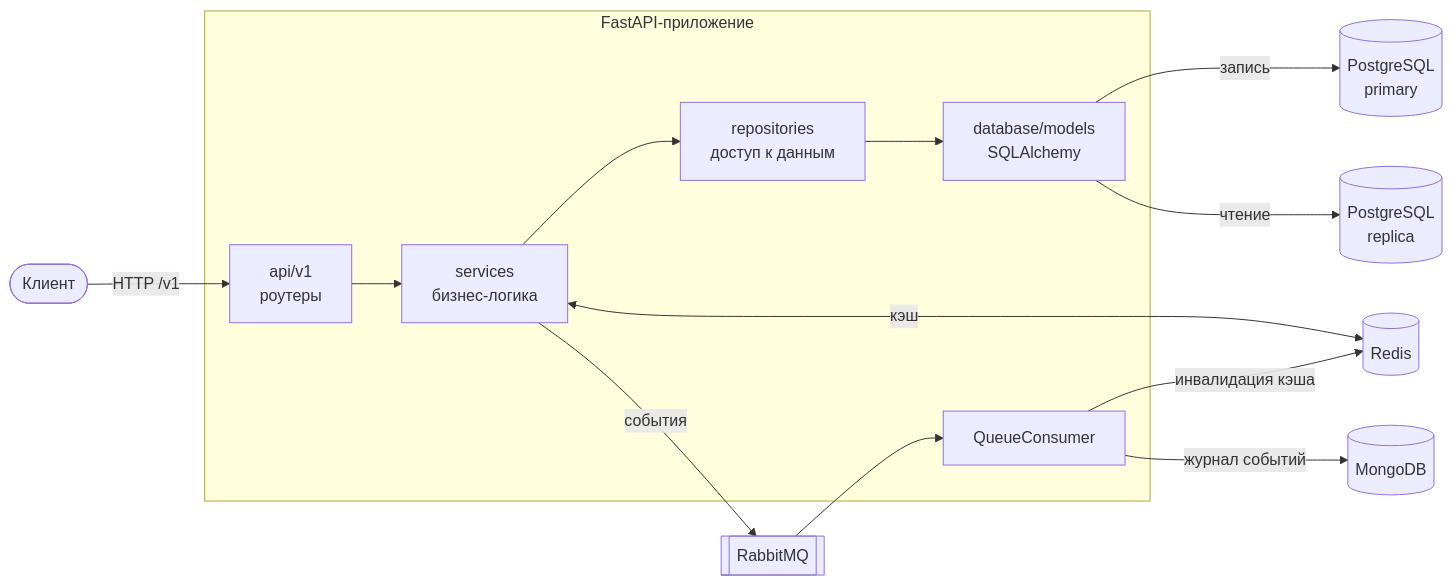
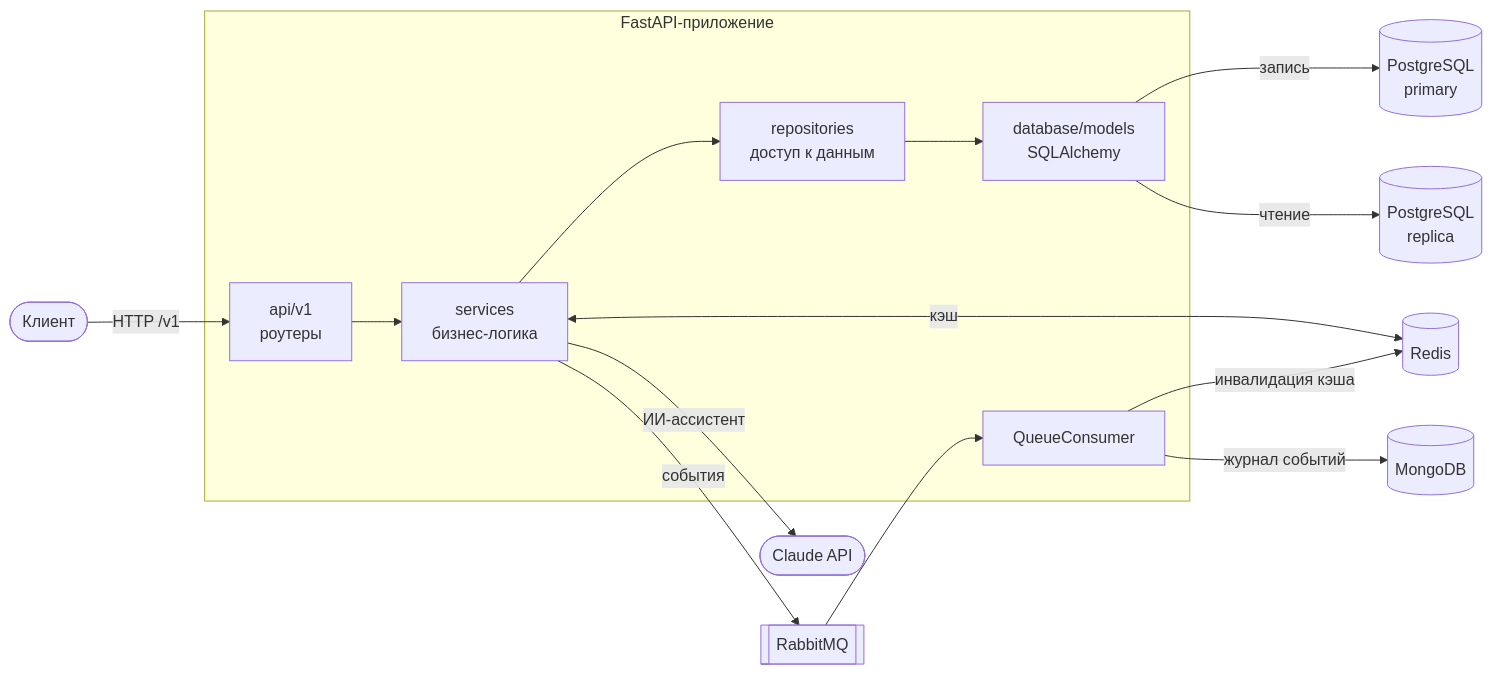
Before and after one commit to DiMiRka/SFMShop: the diagram in README.md, drawn with Mermaid. The commit also changed other lines of this file and 45 other files, not shown here.

````diff
--- a/README.md
+++ b/README.md
@@ -44,19 +47,20 @@
 ```mermaid
 flowchart LR
     Client([Клиент]) -->|HTTP /v1| API
 
     subgraph App["FastAPI-приложение"]
         API["api/v1<br/>роутеры"] --> Services["services<br/>бизнес-логика"]
         Services --> Repos["repositories<br/>доступ к данным"]
         Repos --> Models["database/models<br/>SQLAlchemy"]
         Consumer["QueueConsumer"]
     end
 
     Models -->|запись| PGW[(PostgreSQL<br/>primary)]
     Models -->|чтение| PGR[(PostgreSQL<br/>replica)]
     Services <-->|кэш| Redis[(Redis)]
+    Services -->|ИИ-ассистент| LLM([Claude API])
     Services -->|события| MQ[[RabbitMQ]]
     MQ --> Consumer
     Consumer -->|инвалидация кэша| Redis
     Consumer -->|журнал событий| Mongo[(MongoDB)]
 ```
````
